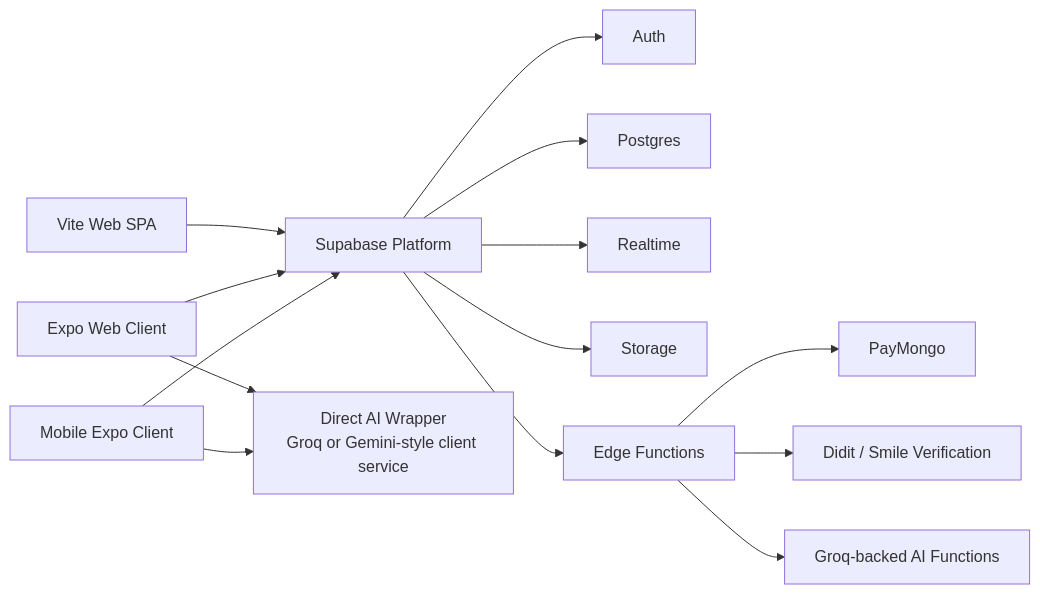
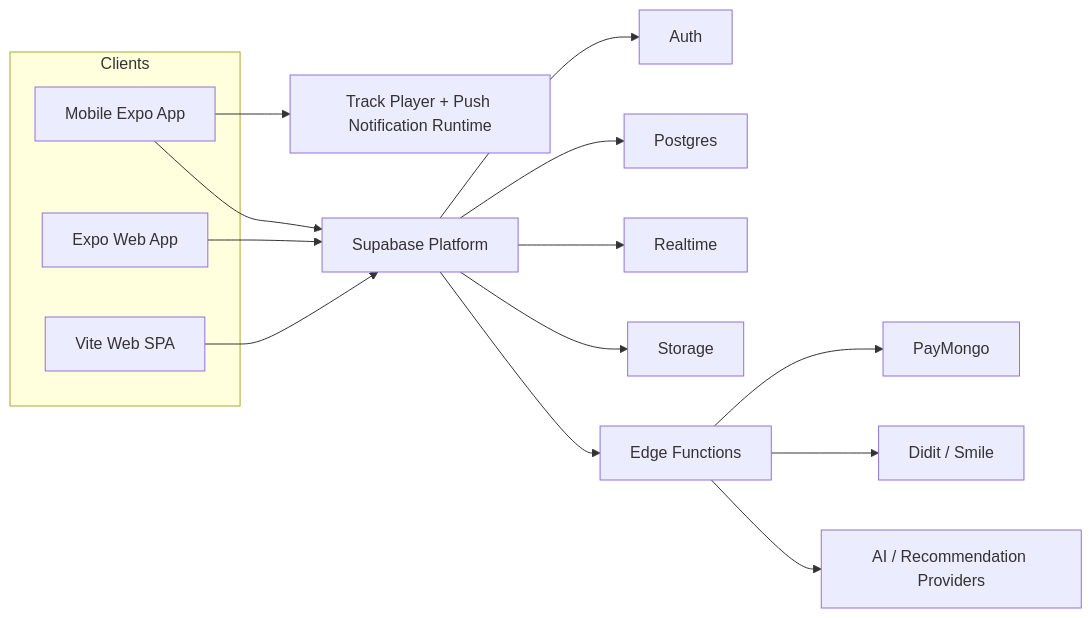
The diagram in SYSTEM_ARCHITECTURE.md (NotArdrey/MusikaLokal), drawn with Mermaid before and after one commit. The commit also changed other lines of this file and 37 other files, not shown here.

````diff
--- a/SYSTEM_ARCHITECTURE.md
+++ b/SYSTEM_ARCHITECTURE.md
@@ -55,19 +46,23 @@
 ```mermaid
 flowchart LR
-    M[Mobile Expo Client] --> SB[Supabase Platform]
-    W[Expo Web Client] --> SB
-    V[Vite Web SPA] --> SB
+    subgraph Clients
+        M[Mobile Expo App]
+        W[Expo Web App]
+        V[Vite Web SPA]
+    end
 
-    M --> AI1[Direct AI Wrapper\nGroq or Gemini-style client service]
-    W --> AI1
+    M --> TP[Track Player + Push Notification Runtime]
+    M --> SB[Supabase Platform]
+    W --> SB
+    V --> SB
 
     SB --> AUTH[Auth]
     SB --> DB[Postgres]
     SB --> RT[Realtime]
     SB --> ST[Storage]
     SB --> FN[Edge Functions]
 
-    FN --> PM[PayMongo]
-    FN --> IDV[Didit / Smile Verification]
-    FN --> AI2[Groq-backed AI Functions]
+    FN --> PAY[PayMongo]
+    FN --> IDV[Didit / Smile]
+    FN --> AI[AI / Recommendation Providers]
 ```
````
